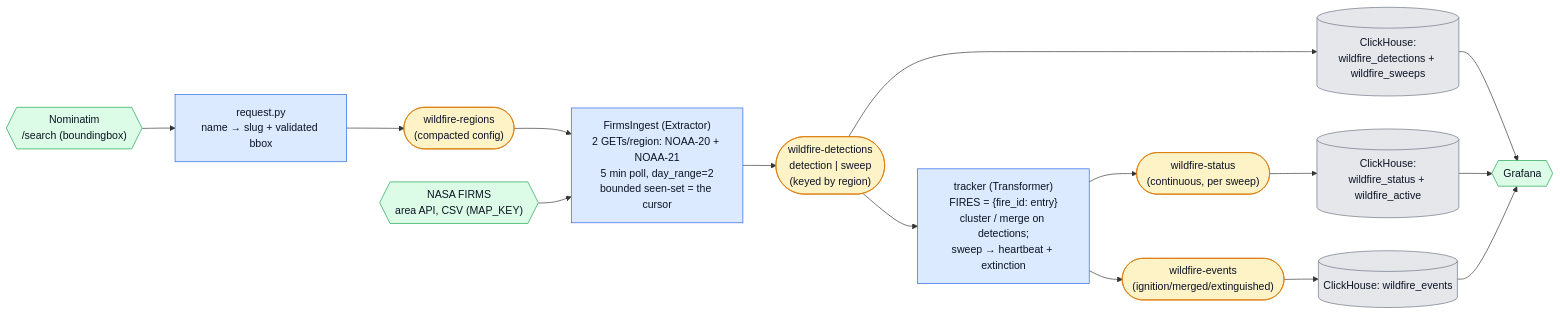
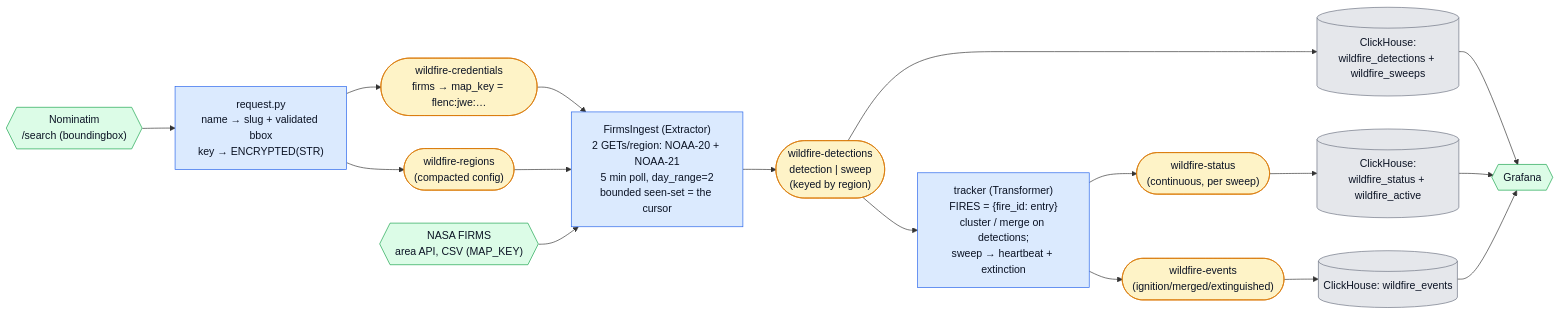
The diagram in examples/wildfire_watch/README.md (bsure-analytics/flechtwerk-examples), drawn with Mermaid before and after one commit. The commit also changed other lines of this file and 13 other files, not shown here.

First line of the commit message:
Store the Wildfire Watch MAP_KEY encrypted on its own config topic

````diff
--- a/examples/wildfire_watch/README.md
+++ b/examples/wildfire_watch/README.md
@@ -19,21 +19,23 @@
 ```mermaid
 flowchart LR
-    NOM{{"Nominatim<br/>/search (boundingbox)"}}:::ext --> RQ["request.py<br/>name → slug + validated bbox"]:::process
+    NOM{{"Nominatim<br/>/search (boundingbox)"}}:::ext --> RQ["request.py<br/>name → slug + validated bbox<br/>key → ENCRYPTED(STR)"]:::process
     RQ --> CFG(["wildfire-regions<br/>(compacted config)"]):::topic
+    RQ --> CRED(["wildfire-credentials<br/>firms → map_key = flenc:jwe:…"]):::topic
+    CRED --> IX
     CFG --> IX["FirmsIngest (Extractor)<br/>2 GETs/region: NOAA-20 + NOAA-21<br/>5 min poll, day_range=2<br/>bounded seen-set = the cursor"]:::process
     FIRMS{{"NASA FIRMS<br/>area API, CSV (MAP_KEY)"}}:::ext --> IX
     IX --> D(["wildfire-detections<br/>detection | sweep<br/>(keyed by region)"]):::topic
     D --> TR["tracker (Transformer)<br/>FIRES = {fire_id: entry}<br/>cluster / merge on detections;<br/>sweep → heartbeat + extinction"]:::process
     D --> CHD[("ClickHouse:<br/>wildfire_detections + wildfire_sweeps")]:::store
     TR --> S(["wildfire-status<br/>(continuous, per sweep)"]):::topic
     TR --> E(["wildfire-events<br/>(ignition/merged/extinguished)"]):::topic
     S --> CHS[("ClickHouse:<br/>wildfire_status + wildfire_active")]:::store
     E --> CHE[("ClickHouse: wildfire_events")]:::store
     CHD --> GRAF{{"Grafana"}}:::ext
     CHS --> GRAF
     CHE --> GRAF
     classDef process fill:#dbeafe,stroke:#2563eb,color:#0b1324;
     classDef topic fill:#fef3c7,stroke:#d97706,color:#0b1324;
     classDef store fill:#e5e7eb,stroke:#6b7280,color:#0b1324;
     classDef ext fill:#dcfce7,stroke:#16a34a,color:#0b1324;
 ```
````
